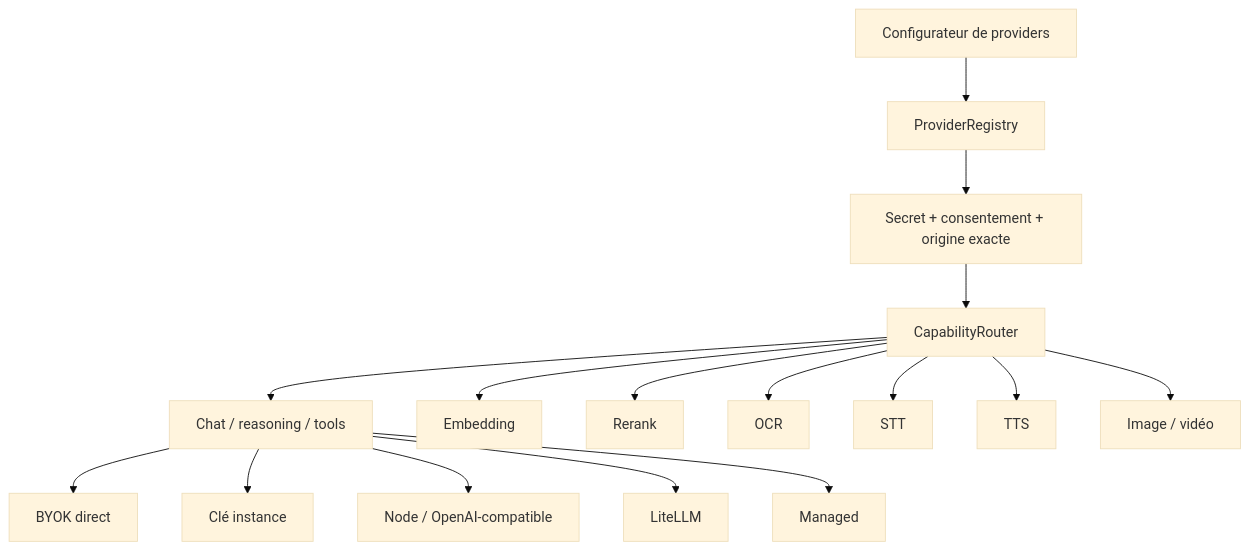
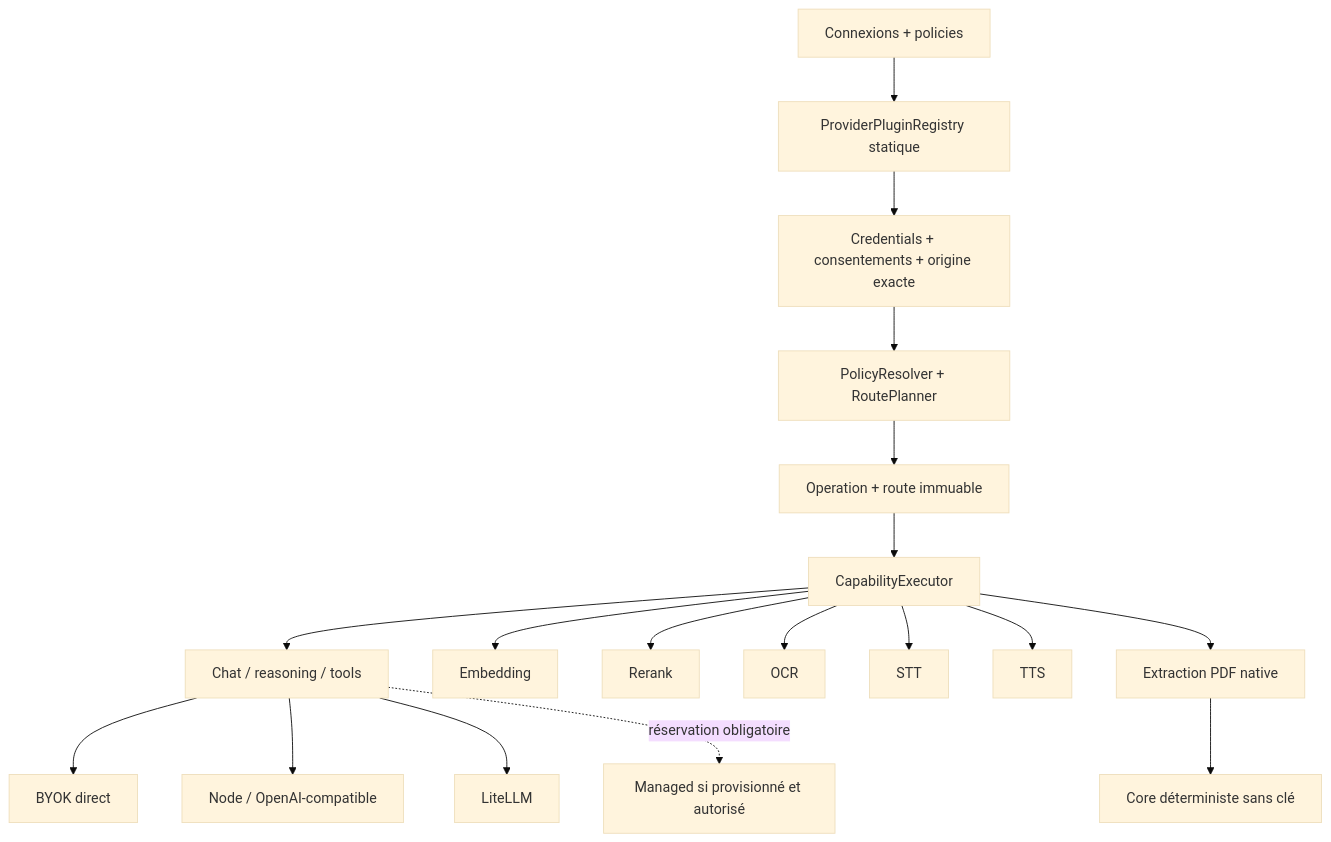
One commit to Fefe-Nayz/avermate changed diagram 13 of 13 in docs/platform-architecture-since-15a8897.md. Above: the diagram before and after it, drawn with Mermaid (base theme). The commit also changed other lines of this file and 163 other files, not shown here.

First line of the commit message:
feat: add capability registry and provider control plane

````diff
--- a/docs/platform-architecture-since-15a8897.md
+++ b/docs/platform-architecture-since-15a8897.md
@@ -1158,35 +1181,36 @@
 ```mermaid
 flowchart TB
-    UI[Configurateur de providers]
-    PR[ProviderRegistry]
-    SC[Secret + consentement + origine exacte]
-    CR[CapabilityRouter]
+    UI[Connexions + policies]
+    PR[ProviderPluginRegistry statique]
+    SC[Credentials + consentements + origine exacte]
+    CR[PolicyResolver + RoutePlanner]
+    OP[Operation + route immuable]
+    EX[CapabilityExecutor]
 
     CHAT[Chat / reasoning / tools]
     EMB[Embedding]
     RR[Rerank]
     OCR[OCR]
     STT[STT]
     TTS[TTS]
-    IMG[Image / vidéo]
+    PDF[Extraction PDF native]
 
     BYOK[BYOK direct]
-    CORE[Clé instance]
+    CORE[Core déterministe sans clé]
     NODE[Node / OpenAI-compatible]
     LLM[LiteLLM]
-    MAN[Managed]
+    MAN[Managed si provisionné et autorisé]
 
-    UI --> PR --> SC --> CR
-    CR --> CHAT
-    CR --> EMB
-    CR --> RR
-    CR --> OCR
-    CR --> STT
-    CR --> TTS
-    CR --> IMG
+    UI --> PR --> SC --> CR --> OP --> EX
+    EX --> CHAT
+    EX --> EMB
+    EX --> RR
+    EX --> OCR
+    EX --> STT
+    EX --> TTS
+    EX --> PDF --> CORE
     CHAT --> BYOK
-    CHAT --> CORE
     CHAT --> NODE
     CHAT --> LLM
-    CHAT --> MAN
+    CHAT -. réservation obligatoire .-> MAN
 ```
````
